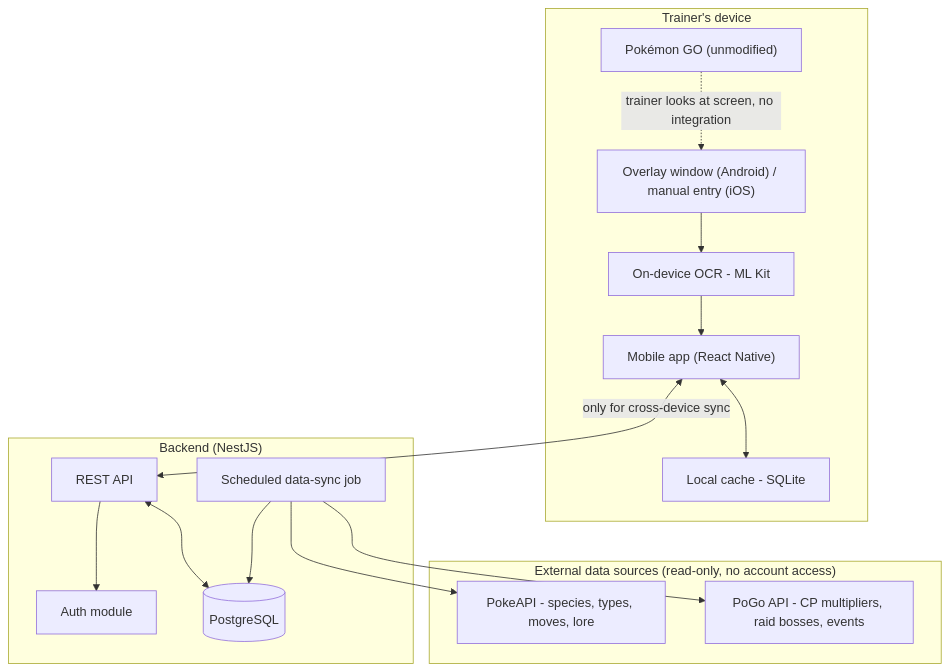
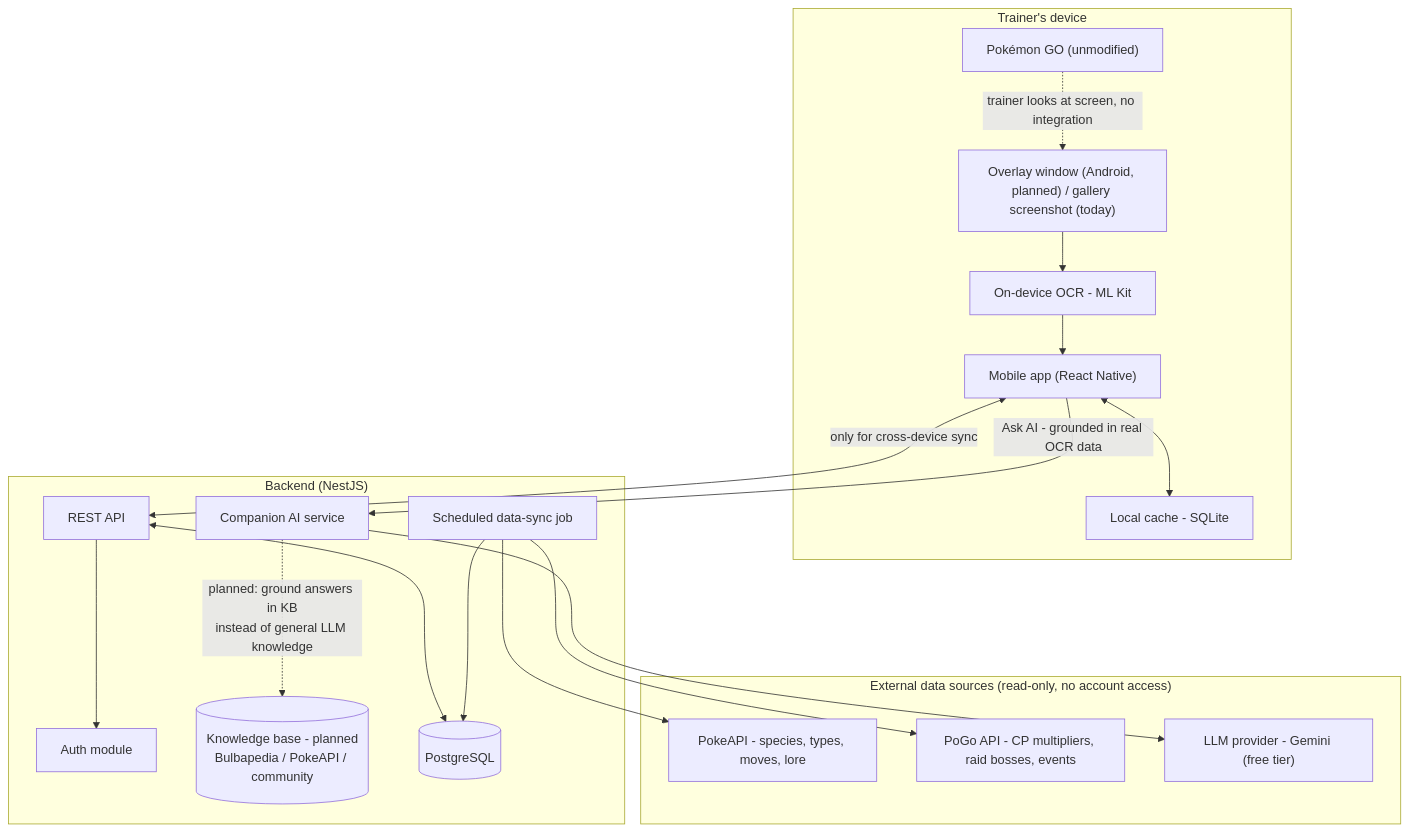
The diagram in docs/architecture.md (leodah20/pokemon-trainer-companion), drawn with Mermaid before and after one commit. The commit also changed other lines of this file and 4 other files, not shown here.

First line of the commit message:
docs: drop Mobalytics comparison, extend flagship-overlay focus to architecture docs

````diff
--- a/docs/architecture.md
+++ b/docs/architecture.md
@@ -5,33 +10,39 @@
 ```mermaid
 flowchart TB
     subgraph Device["Trainer's device"]
         PogoApp["Pokémon GO (unmodified)"]
-        Overlay["Overlay window (Android) / manual entry (iOS)"]
+        Overlay["Overlay window (Android, planned) / gallery screenshot (today)"]
         OCR["On-device OCR - ML Kit"]
         LocalDB["Local cache - SQLite"]
         MobileApp["Mobile app (React Native)"]
     end
 
     subgraph Cloud["Backend (NestJS)"]
         API["REST API"]
         Auth["Auth module"]
         SyncJob["Scheduled data-sync job"]
+        Companion["Companion AI service"]
+        KB[("Knowledge base - planned\nBulbapedia / PokeAPI / community")]
         Postgres[("PostgreSQL")]
     end
 
     subgraph External["External data sources (read-only, no account access)"]
         PokeAPI["PokeAPI - species, types, moves, lore"]
         PoGoAPI["PoGo API - CP multipliers, raid bosses, events"]
+        LLM["LLM provider - Gemini (free tier)"]
     end
 
     PogoApp -. "trainer looks at screen, no integration" .-> Overlay
     Overlay --> OCR
     OCR --> MobileApp
     MobileApp <--> LocalDB
     MobileApp <-- "only for cross-device sync" --> API
+    MobileApp -- "Ask AI - grounded in real OCR data" --> Companion
+    Companion --> LLM
+    Companion -. "planned: ground answers in KB\ninstead of general LLM knowledge" .-> KB
     API --> Auth
     API <--> Postgres
     SyncJob --> PokeAPI
     SyncJob --> PoGoAPI
     SyncJob --> Postgres
 ```
````
